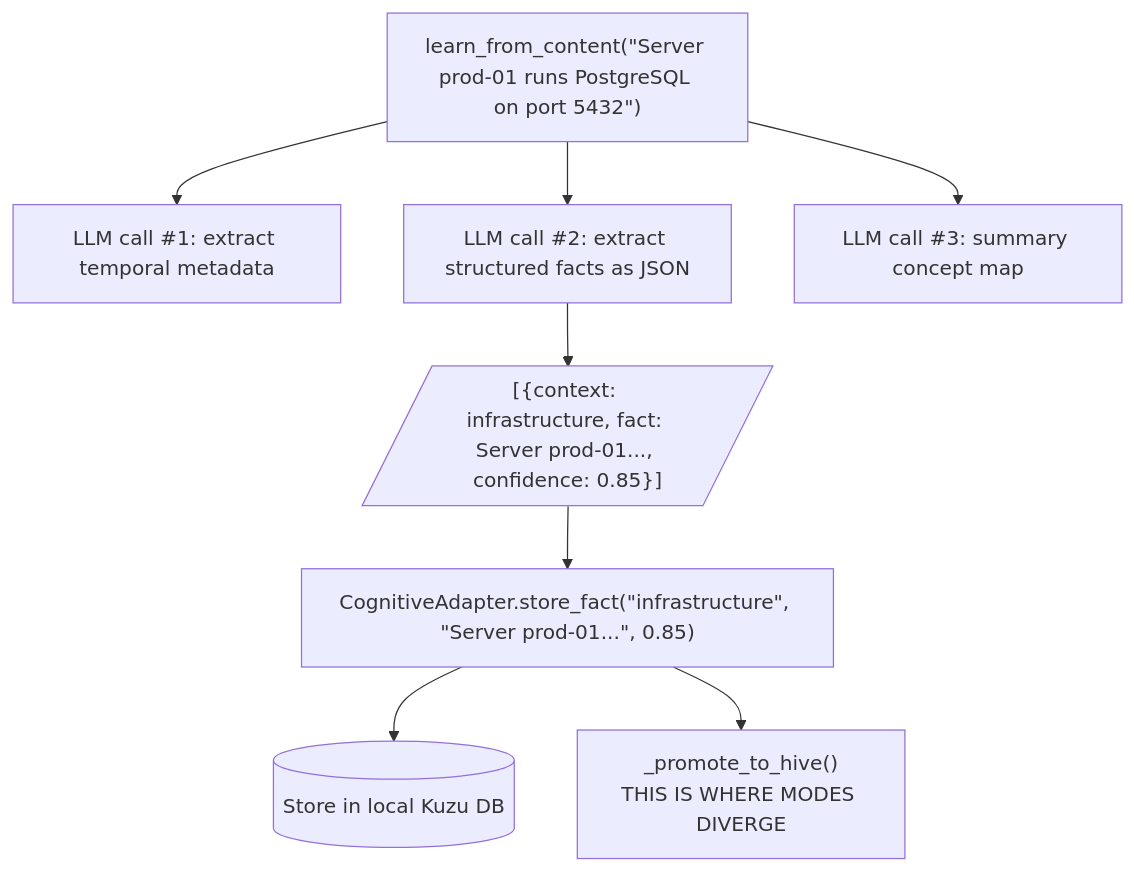
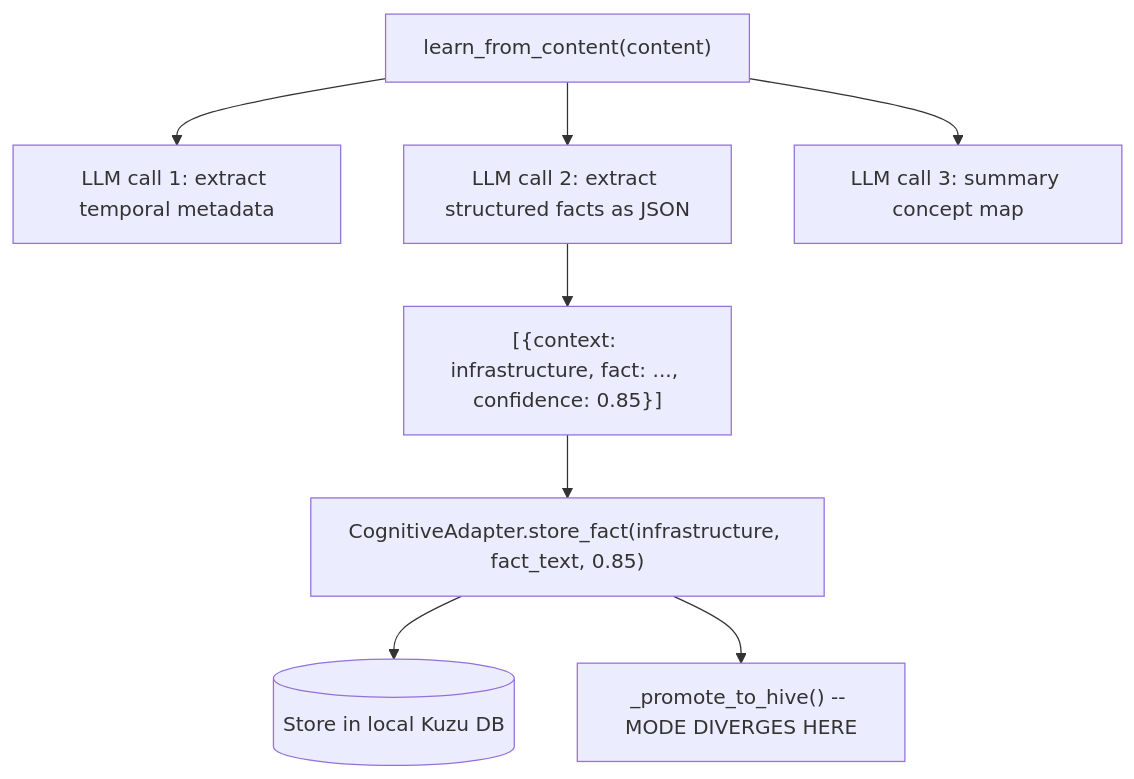
The tenth of 13 diagrams in docs/hive_mind/ARCHITECTURE.md (rysweet/amplihack), drawn with Mermaid before and after one commit. The commit also changed other lines of this file and 2 other files, not shown here.

First line of the commit message:
docs: add getting-started guide and update hive mind docs

````diff
--- a/docs/hive_mind/ARCHITECTURE.md
+++ b/docs/hive_mind/ARCHITECTURE.md
@@ -197,19 +264,19 @@
 ```mermaid
 graph TD
-    Learn["learn_from_content(&quot;Server prod-01 runs PostgreSQL on port 5432&quot;)"]
-    LLM1["LLM call #1: extract temporal metadata"]
-    LLM2["LLM call #2: extract structured facts as JSON"]
-    JSON[/"[{context: infrastructure, fact: Server prod-01..., confidence: 0.85}]"/]
-    LLM3["LLM call #3: summary concept map"]
-    Store["CognitiveAdapter.store_fact(&quot;infrastructure&quot;, &quot;Server prod-01...&quot;, 0.85)"]
+    Learn["learn_from_content(content)"]
+    LLM1["LLM call 1: extract temporal metadata"]
+    LLM2["LLM call 2: extract structured facts as JSON"]
+    JSON["[{context: infrastructure, fact: ..., confidence: 0.85}]"]
+    LLM3["LLM call 3: summary concept map"]
+    Store["CognitiveAdapter.store_fact(infrastructure, fact_text, 0.85)"]
     Local[(Store in local Kuzu DB)]
-    Promote["_promote_to_hive()<br/>THIS IS WHERE MODES DIVERGE"]
+    Promote["_promote_to_hive() -- MODE DIVERGES HERE"]
 
     Learn --> LLM1
     Learn --> LLM2
     LLM2 --> JSON
     Learn --> LLM3
     JSON --> Store
     Store --> Local
     Store --> Promote
 ```
````
